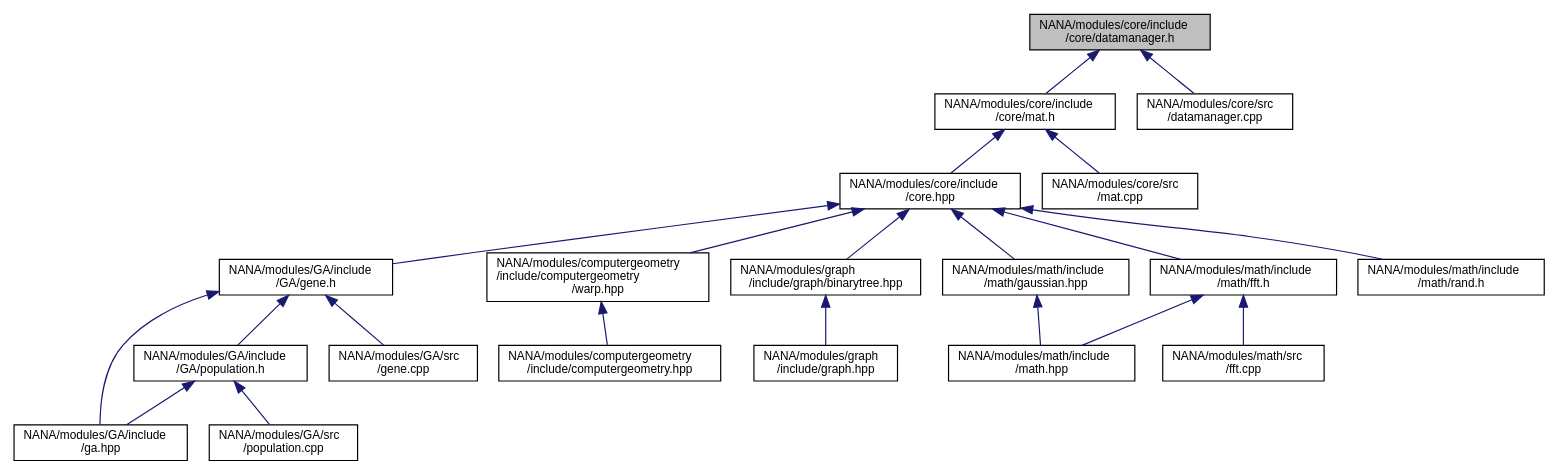
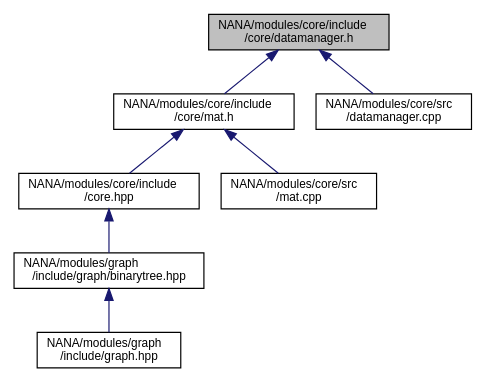
Before and after one commit to YuruTu/NANA: the diagram in docs/datamanager_8h__dep__incl.dot, drawn with Graphviz. The commit also changed 216 other files, not shown here.

```diff
--- a/docs/datamanager_8h__dep__incl.dot
+++ b/docs/datamanager_8h__dep__incl.dot
@@ -1,45 +1,19 @@
 digraph "NANA/modules/core/include/core/datamanager.h"
 {
  // LATEX_PDF_SIZE
   edge [fontname="Helvetica",fontsize="10",labelfontname="Helvetica",labelfontsize="10"];
   node [fontname="Helvetica",fontsize="10",shape=record];
   Node1 [label="NANA/modules/core/include\l/core/datamanager.h",height=0.2,width=0.4,color="black", fillcolor="grey75", style="filled", fontcolor="black",tooltip="实现一个数据管理器"];
   Node1 -> Node2 [dir="back",color="midnightblue",fontsize="10",style="solid",fontname="Helvetica"];
   Node2 [label="NANA/modules/core/include\l/core/mat.h",height=0.2,width=0.4,color="black", fillcolor="white", style="filled",URL="$mat_8h.html",tooltip="实现一个用于矩阵运算的模板类(仍在实现当中)"];
   Node2 -> Node3 [dir="back",color="midnightblue",fontsize="10",style="solid",fontname="Helvetica"];
   Node3 [label="NANA/modules/core/include\l/core.hpp",height=0.2,width=0.4,color="black", fillcolor="white", style="filled",URL="$core_8hpp.html",tooltip="包含基本的数据结构等"];
   Node3 -> Node4 [dir="back",color="midnightblue",fontsize="10",style="solid",fontname="Helvetica"];
-  Node4 [label="NANA/modules/GA/include\l/GA/gene.h",height=0.2,width=0.4,color="black", fillcolor="white", style="filled",URL="$gene_8h.html",tooltip="实现基因的运算"];
+  Node4 [label="NANA/modules/graph\l/include/graph/binarytree.hpp",height=0.2,width=0.4,color="black", fillcolor="white", style="filled",URL="$binarytree_8hpp.html",tooltip="实现二叉树的模板"];
   Node4 -> Node5 [dir="back",color="midnightblue",fontsize="10",style="solid",fontname="Helvetica"];
-  Node5 [label="NANA/modules/GA/include\l/GA/population.h",height=0.2,width=0.4,color="black", fillcolor="white", style="filled",URL="$population_8h.html",tooltip="实现种群类"];
-  Node5 -> Node6 [dir="back",color="midnightblue",fontsize="10",style="solid",fontname="Helvetica"];
-  Node6 [label="NANA/modules/GA/include\l/ga.hpp",height=0.2,width=0.4,color="black", fillcolor="white", style="filled",URL="$ga_8hpp_source.html",tooltip=" "];
-  Node5 -> Node7 [dir="back",color="midnightblue",fontsize="10",style="solid",fontname="Helvetica"];
-  Node7 [label="NANA/modules/GA/src\l/population.cpp",height=0.2,width=0.4,color="black", fillcolor="white", style="filled",URL="$population_8cpp_source.html",tooltip=" "];
-  Node4 -> Node6 [dir="back",color="midnightblue",fontsize="10",style="solid",fontname="Helvetica"];
-  Node4 -> Node8 [dir="back",color="midnightblue",fontsize="10",style="solid",fontname="Helvetica"];
-  Node8 [label="NANA/modules/GA/src\l/gene.cpp",height=0.2,width=0.4,color="black", fillcolor="white", style="filled",URL="$gene_8cpp_source.html",tooltip=" "];
-  Node3 -> Node9 [dir="back",color="midnightblue",fontsize="10",style="solid",fontname="Helvetica"];
-  Node9 [label="NANA/modules/computergeometry\l/include/computergeometry\l/warp.hpp",height=0.2,width=0.4,color="black", fillcolor="white", style="filled",URL="$warp_8hpp.html",tooltip="实现点集的仿射变换和透视变换"];
-  Node9 -> Node10 [dir="back",color="midnightblue",fontsize="10",style="solid",fontname="Helvetica"];
-  Node10 [label="NANA/modules/computergeometry\l/include/computergeometry.hpp",height=0.2,width=0.4,color="black", fillcolor="white", style="filled",URL="$computergeometry_8hpp.html",tooltip="实现计算机几何的相关功能"];
-  Node3 -> Node11 [dir="back",color="midnightblue",fontsize="10",style="solid",fontname="Helvetica"];
-  Node11 [label="NANA/modules/graph\l/include/graph/binarytree.hpp",height=0.2,width=0.4,color="black", fillcolor="white", style="filled",URL="$binarytree_8hpp.html",tooltip="实现二叉树的模板"];
-  Node11 -> Node12 [dir="back",color="midnightblue",fontsize="10",style="solid",fontname="Helvetica"];
-  Node12 [label="NANA/modules/graph\l/include/graph.hpp",height=0.2,width=0.4,color="black", fillcolor="white", style="filled",URL="$graph_8hpp.html",tooltip="实现图论相关算法"];
-  Node3 -> Node13 [dir="back",color="midnightblue",fontsize="10",style="solid",fontname="Helvetica"];
-  Node13 [label="NANA/modules/math/include\l/math/fft.h",height=0.2,width=0.4,color="black", fillcolor="white", style="filled",URL="$fft_8h.html",tooltip="实现傅里叶变换相关算法"];
-  Node13 -> Node14 [dir="back",color="midnightblue",fontsize="10",style="solid",fontname="Helvetica"];
-  Node14 [label="NANA/modules/math/include\l/math.hpp",height=0.2,width=0.4,color="black", fillcolor="white", style="filled",URL="$math_8hpp.html",tooltip="实现基本的数学运算"];
-  Node13 -> Node15 [dir="back",color="midnightblue",fontsize="10",style="solid",fontname="Helvetica"];
-  Node15 [label="NANA/modules/math/src\l/fft.cpp",height=0.2,width=0.4,color="black", fillcolor="white", style="filled",URL="$fft_8cpp_source.html",tooltip=" "];
-  Node3 -> Node16 [dir="back",color="midnightblue",fontsize="10",style="solid",fontname="Helvetica"];
-  Node16 [label="NANA/modules/math/include\l/math/gaussian.hpp",height=0.2,width=0.4,color="black", fillcolor="white", style="filled",URL="$gaussian_8hpp.html",tooltip="实现高斯相关的算法"];
-  Node16 -> Node14 [dir="back",color="midnightblue",fontsize="10",style="solid",fontname="Helvetica"];
-  Node3 -> Node17 [dir="back",color="midnightblue",fontsize="10",style="solid",fontname="Helvetica"];
-  Node17 [label="NANA/modules/math/include\l/math/rand.h",height=0.2,width=0.4,color="black", fillcolor="white", style="filled",URL="$rand_8h_source.html",tooltip=" "];
-  Node2 -> Node18 [dir="back",color="midnightblue",fontsize="10",style="solid",fontname="Helvetica"];
-  Node18 [label="NANA/modules/core/src\l/mat.cpp",height=0.2,width=0.4,color="black", fillcolor="white", style="filled",URL="$mat_8cpp.html",tooltip="实现Mat的相关功能"];
-  Node1 -> Node19 [dir="back",color="midnightblue",fontsize="10",style="solid",fontname="Helvetica"];
-  Node19 [label="NANA/modules/core/src\l/datamanager.cpp",height=0.2,width=0.4,color="black", fillcolor="white", style="filled",URL="$datamanager_8cpp_source.html",tooltip=" "];
+  Node5 [label="NANA/modules/graph\l/include/graph.hpp",height=0.2,width=0.4,color="black", fillcolor="white", style="filled",URL="$graph_8hpp.html",tooltip="实现图论相关算法"];
+  Node2 -> Node6 [dir="back",color="midnightblue",fontsize="10",style="solid",fontname="Helvetica"];
+  Node6 [label="NANA/modules/core/src\l/mat.cpp",height=0.2,width=0.4,color="black", fillcolor="white", style="filled",URL="$mat_8cpp.html",tooltip="实现Mat的相关功能"];
+  Node1 -> Node7 [dir="back",color="midnightblue",fontsize="10",style="solid",fontname="Helvetica"];
+  Node7 [label="NANA/modules/core/src\l/datamanager.cpp",height=0.2,width=0.4,color="black", fillcolor="white", style="filled",URL="$datamanager_8cpp_source.html",tooltip=" "];
 }
```
